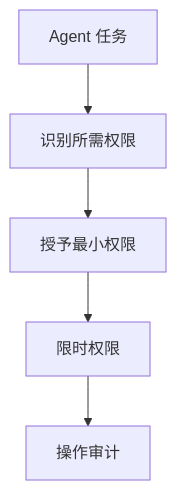
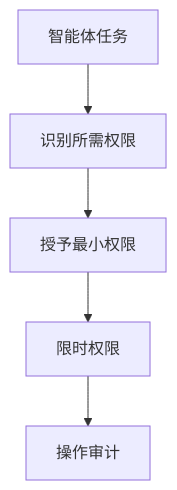
One commit to yeasy/ai_security_guide changed the fifth of 6 diagrams in 07_agent_rag_security/7.1_agent_risks.md. Above: the diagram before and after it, drawn with Mermaid. The commit also changed other lines of this file and 74 other files, not shown here.

````diff
--- a/07_agent_rag_security/7.1_agent_risks.md
+++ b/07_agent_rag_security/7.1_agent_risks.md
@@ -157,7 +146,7 @@
 ```mermaid
 flowchart TB
-    A["Agent 任务"] --> B["识别所需权限"]
+    A["智能体任务"] --> B["识别所需权限"]
     B --> C["授予最小权限"]
     C --> D["限时权限"]
     D --> E["操作审计"]
 ```
````
